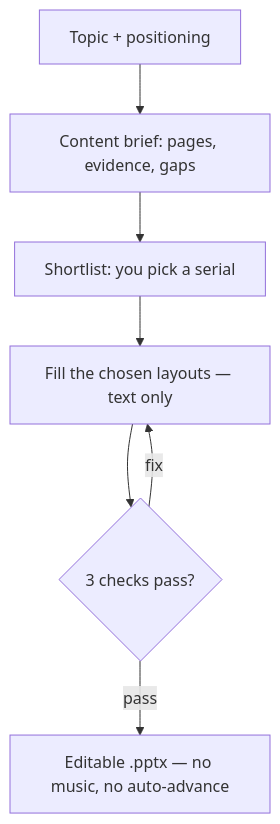
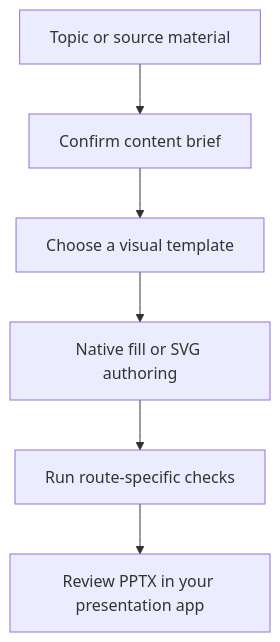
The diagram in README.md (Longfei-Tao/xmu-ppt), drawn with Mermaid before and after one commit. The commit also changed other lines of this file and 23 other files, not shown here.

````diff
--- a/README.md
+++ b/README.md
@@ -54,9 +51,8 @@
 ```mermaid
 flowchart TD
-    A["Topic + positioning"] --> A2["Content brief: pages, evidence, gaps"]
-    A2 --> B["Shortlist: you pick a serial"]
-    B --> C["Fill the chosen layouts — text only"]
-    C --> D{"3 checks pass?"}
-    D -->|"fix"| C
-    D -->|"pass"| E["Editable .pptx — no music, no auto-advance"]
+    A["Topic or source material"] --> B["Confirm content brief"]
+    B --> C["Choose a visual template"]
+    C --> D["Native fill or SVG authoring"]
+    D --> E["Run route-specific checks"]
+    E --> F["Review PPTX in your presentation app"]
 ```
````
